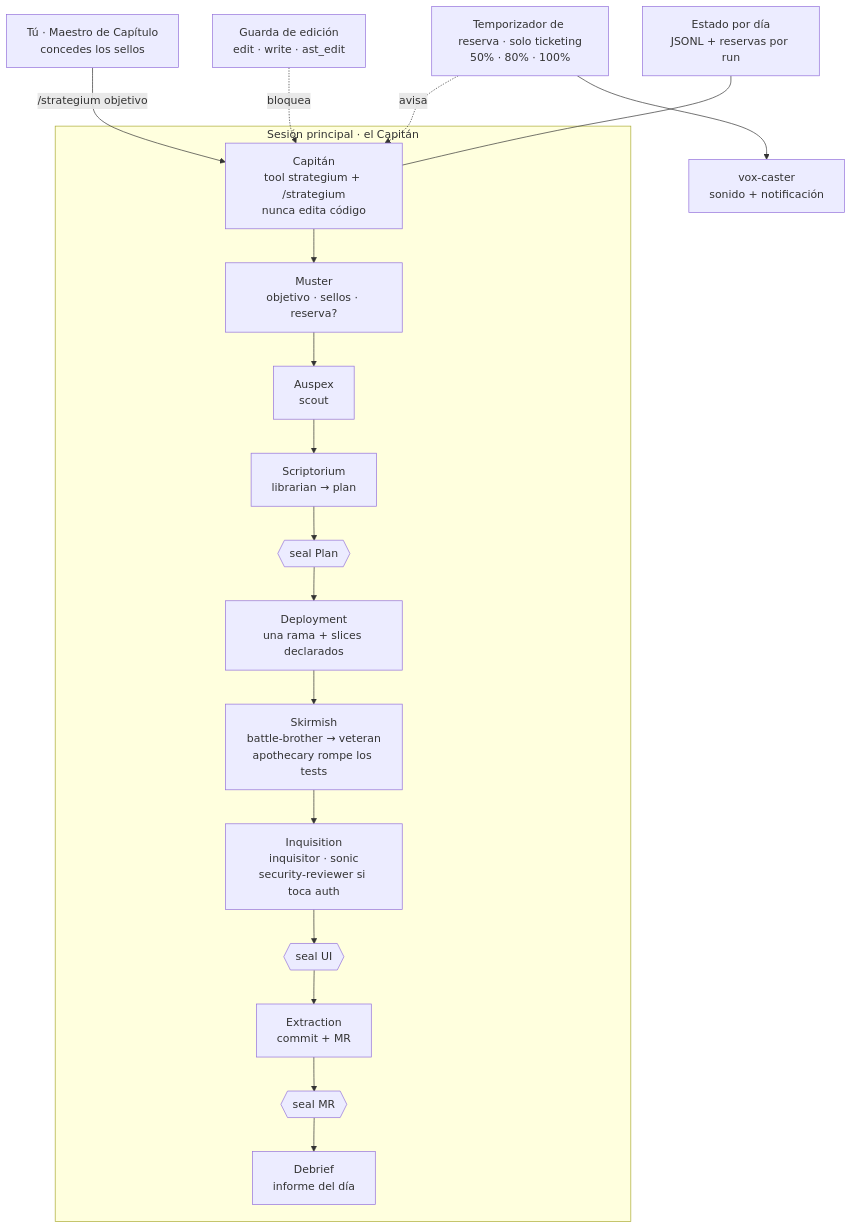
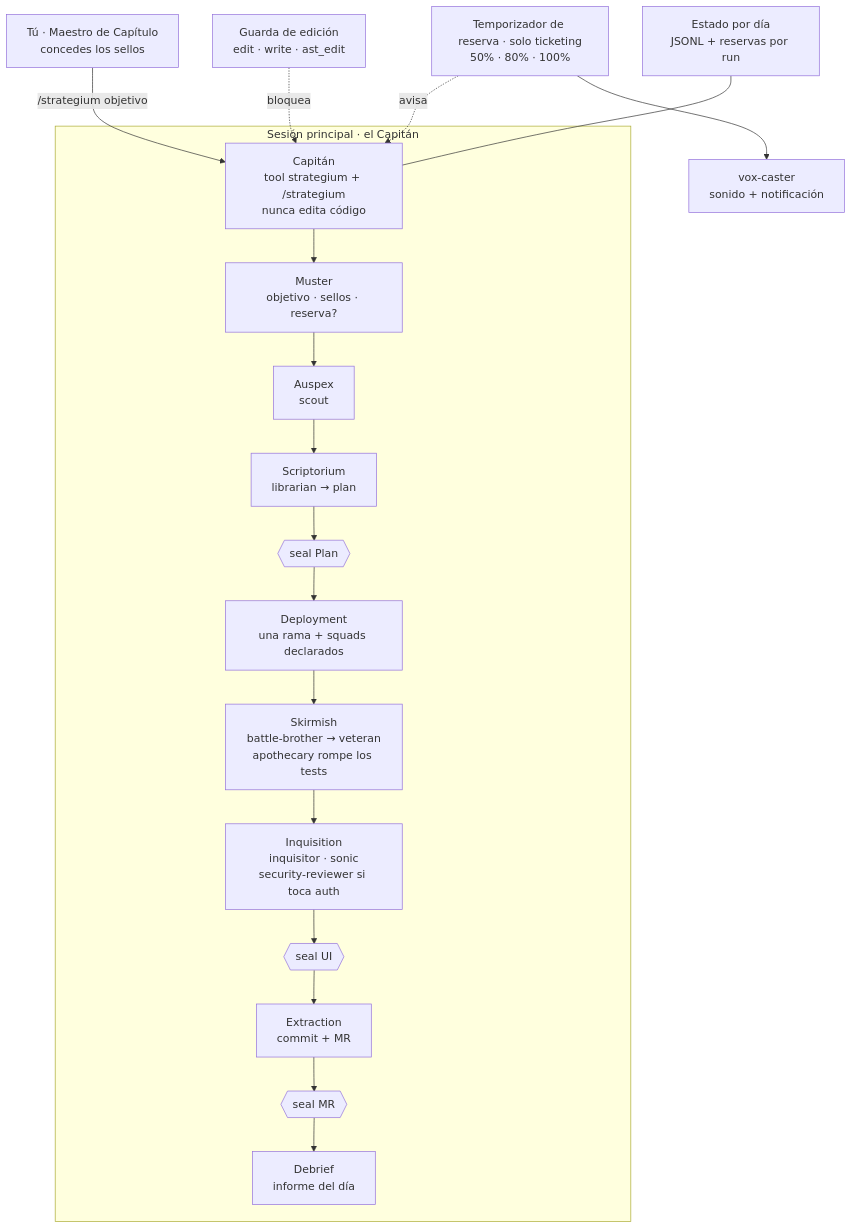
One commit to frandev94/strategium changed the diagram in README.es.md. Above: the diagram before and after it, drawn with Mermaid. The commit also changed other lines of this file and 13 other files, not shown here.

````diff
--- a/README.es.md
+++ b/README.es.md
@@ -33,22 +33,22 @@
 ```mermaid
 flowchart TB
   U["Tú · Maestro de Capítulo<br/>concedes los sellos"] -->|"/strategium objetivo"| C
   subgraph run["Sesión principal · el Capitán"]
     C["Capitán<br/>tool strategium + /strategium<br/>nunca edita código"]
     C --> M["Muster<br/>objetivo · sellos · reserva?"]
     M --> A["Auspex<br/>scout"]
     A --> B["Scriptorium<br/>librarian → plan"]
     B --> S1{{"seal Plan"}}
-    S1 --> D["Deployment<br/>una rama + slices declarados"]
+    S1 --> D["Deployment<br/>una rama + squads declarados"]
     D --> E["Skirmish<br/>battle-brother → veteran<br/>apothecary rompe los tests"]
     E --> I["Inquisition<br/>inquisitor · sonic<br/>security-reviewer si toca auth"]
     I --> S2{{"seal UI"}}
     S2 --> X["Extraction<br/>commit + MR"]
     X --> S3{{"seal MR"}}
     S3 --> F["Debrief<br/>informe del día"]
   end
   T["Temporizador de reserva · solo ticketing<br/>50% · 80% · 100%"] -.->|avisa| C
   T --> V["vox-caster<br/>sonido + notificación"]
   G["Guarda de edición<br/>edit · write · ast_edit"] -.->|bloquea| C
   R["Estado por día<br/>JSONL + reservas por run"] --- C
 ```
````
